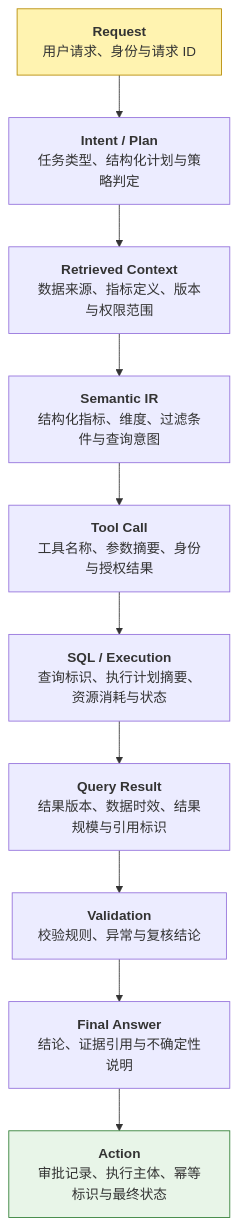
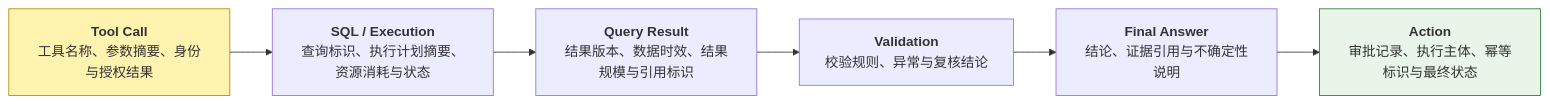
One commit to BillZong/BillZong.github.io changed the fifth of 6 diagrams in source/_posts/bi-evolution-6-ai-native-restructure.md. Above: the diagram before and after it, drawn with Mermaid. The commit also changed other lines of this file, not shown here.

Commit message:
fix(chapter-6): 拆 2 个大图(图 6-3→6-3+6-4, 图 6-4→6-5+6-6)保证单页可读

```diff
--- a/source/_posts/bi-evolution-6-ai-native-restructure.md
+++ b/source/_posts/bi-evolution-6-ai-native-restructure.md
@@ -344,16 +370,12 @@
 {% mermaid %}
-flowchart TB
-    A["<b>Request</b><br/>用户请求、身份与请求 ID"]
-    B["<b>Intent / Plan</b><br/>任务类型、结构化计划与策略判定"]
-    C["<b>Retrieved Context</b><br/>数据来源、指标定义、版本与权限范围"]
-    D["<b>Semantic IR</b><br/>结构化指标、维度、过滤条件与查询意图"]
+flowchart LR
     E["<b>Tool Call</b><br/>工具名称、参数摘要、身份与授权结果"]
     F["<b>SQL / Execution</b><br/>查询标识、执行计划摘要、资源消耗与状态"]
     G["<b>Query Result</b><br/>结果版本、数据时效、结果规模与引用标识"]
     H["<b>Validation</b><br/>校验规则、异常与复核结论"]
     I["<b>Final Answer</b><br/>结论、证据引用与不确定性说明"]
     J["<b>Action</b><br/>审批记录、执行主体、幂等标识与最终状态"]
-    A --> B --> C --> D --> E --> F --> G --> H --> I --> J
-    style A fill:#fff3b0,stroke:#b58900
+    E --> F --> G --> H --> I --> J
+    style E fill:#fff3b0,stroke:#b58900
     style J fill:#e8f5e8,stroke:#2e7d32
 {% endmermaid %}
```
